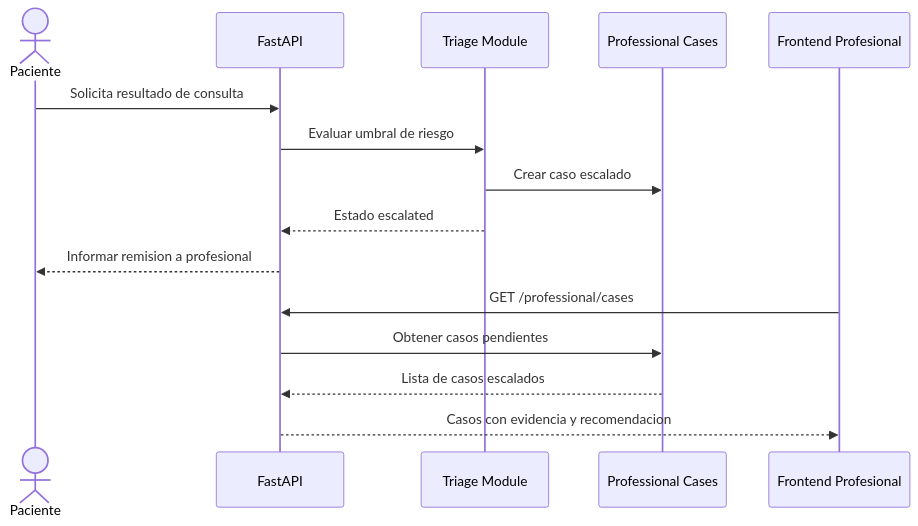
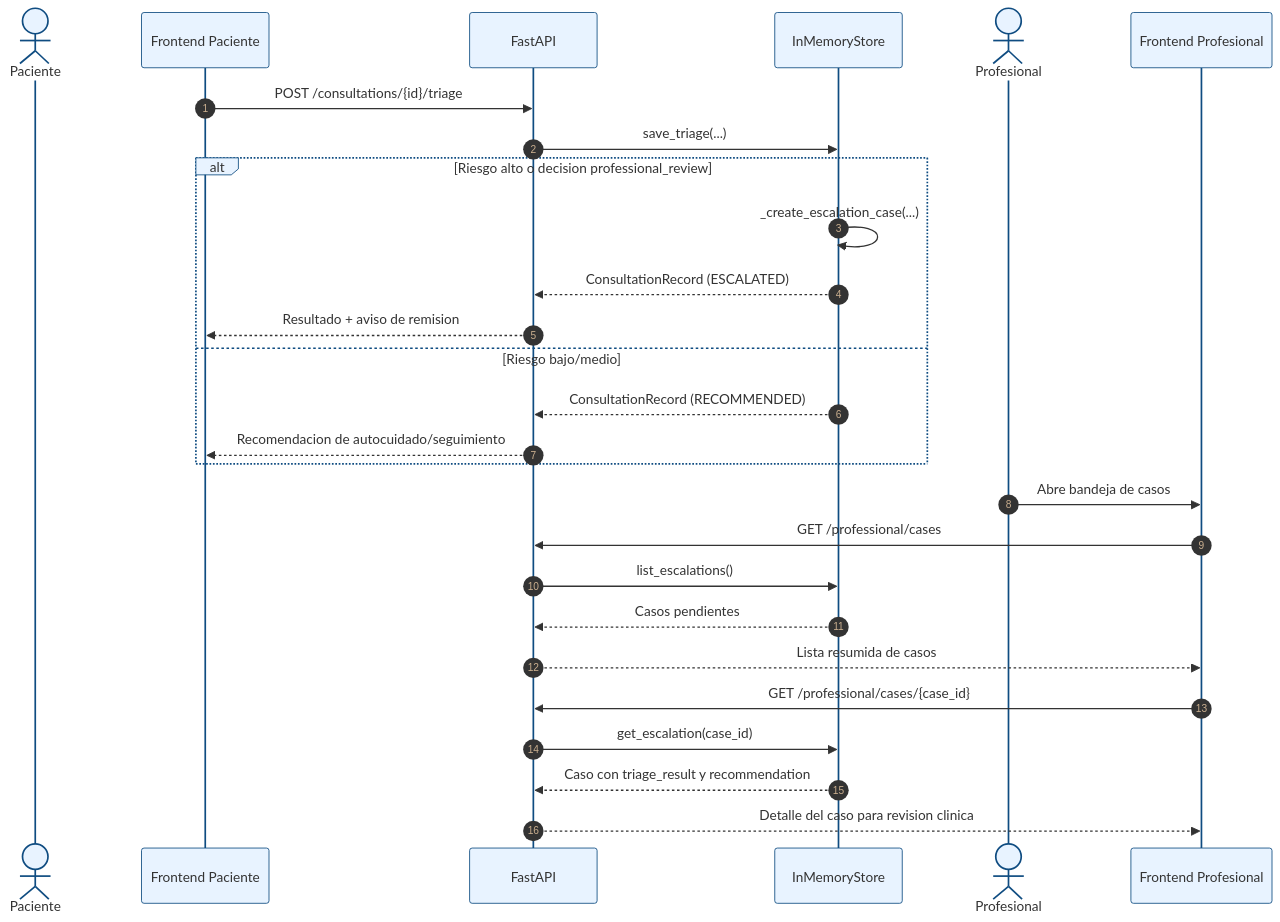
The diagram in docs/architecture/05-sequence-escalation.mmd (JesusJC15/proyecto-arep), drawn with Mermaid before and after one commit. The commit also changed 18 other files, not shown here.

```diff
--- a/docs/architecture/05-sequence-escalation.mmd
+++ b/docs/architecture/05-sequence-escalation.mmd
@@ -1,16 +1,31 @@
+%%{init: {"theme": "base", "themeVariables": {"fontFamily": "Inter, Segoe UI, sans-serif", "primaryColor": "#E8F3FF", "primaryBorderColor": "#0F4C81", "lineColor": "#355070", "secondaryColor": "#EAFBF2", "tertiaryColor": "#FFF5E6"}}}%%
 sequenceDiagram
+    autonumber
     actor Patient as Paciente
+    participant UI_P as Frontend Paciente
     participant API as FastAPI
-    participant TRIAGE as Triage Module
-    participant CASES as Professional Cases
-    participant PROF as Frontend Profesional
+    participant Store as InMemoryStore
+    actor Professional as Profesional
+    participant UI_PR as Frontend Profesional
 
-    Patient->>API: Solicita resultado de consulta
-    API->>TRIAGE: Evaluar umbral de riesgo
-    TRIAGE->>CASES: Crear caso escalado
-    TRIAGE-->>API: Estado escalated
-    API-->>Patient: Informar remision a profesional
-    PROF->>API: GET /professional/cases
-    API->>CASES: Obtener casos pendientes
-    CASES-->>API: Lista de casos escalados
-    API-->>PROF: Casos con evidencia y recomendacion
+    UI_P->>API: POST /consultations/{id}/triage
+    API->>Store: save_triage(...)
+    alt Riesgo alto o decision professional_review
+        Store->>Store: _create_escalation_case(...)
+        Store-->>API: ConsultationRecord (ESCALATED)
+        API-->>UI_P: Resultado + aviso de remision
+    else Riesgo bajo/medio
+        Store-->>API: ConsultationRecord (RECOMMENDED)
+        API-->>UI_P: Recomendacion de autocuidado/seguimiento
+    end
+
+    Professional->>UI_PR: Abre bandeja de casos
+    UI_PR->>API: GET /professional/cases
+    API->>Store: list_escalations()
+    Store-->>API: Casos pendientes
+    API-->>UI_PR: Lista resumida de casos
+
+    UI_PR->>API: GET /professional/cases/{case_id}
+    API->>Store: get_escalation(case_id)
+    Store-->>API: Caso con triage_result y recommendation
+    API-->>UI_PR: Detalle del caso para revision clinica
```
